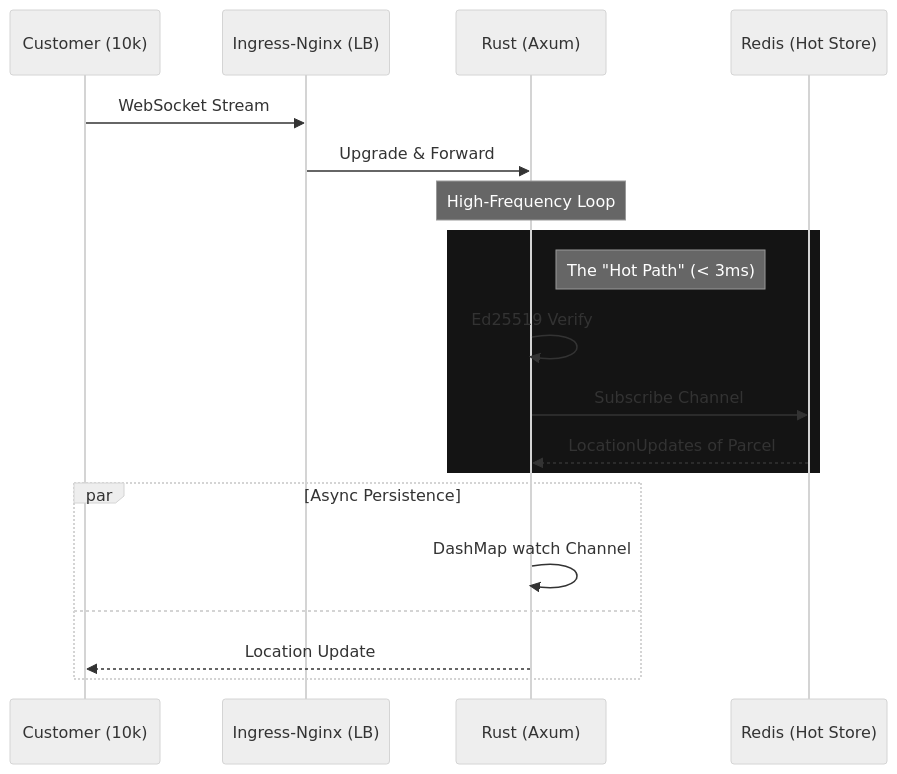
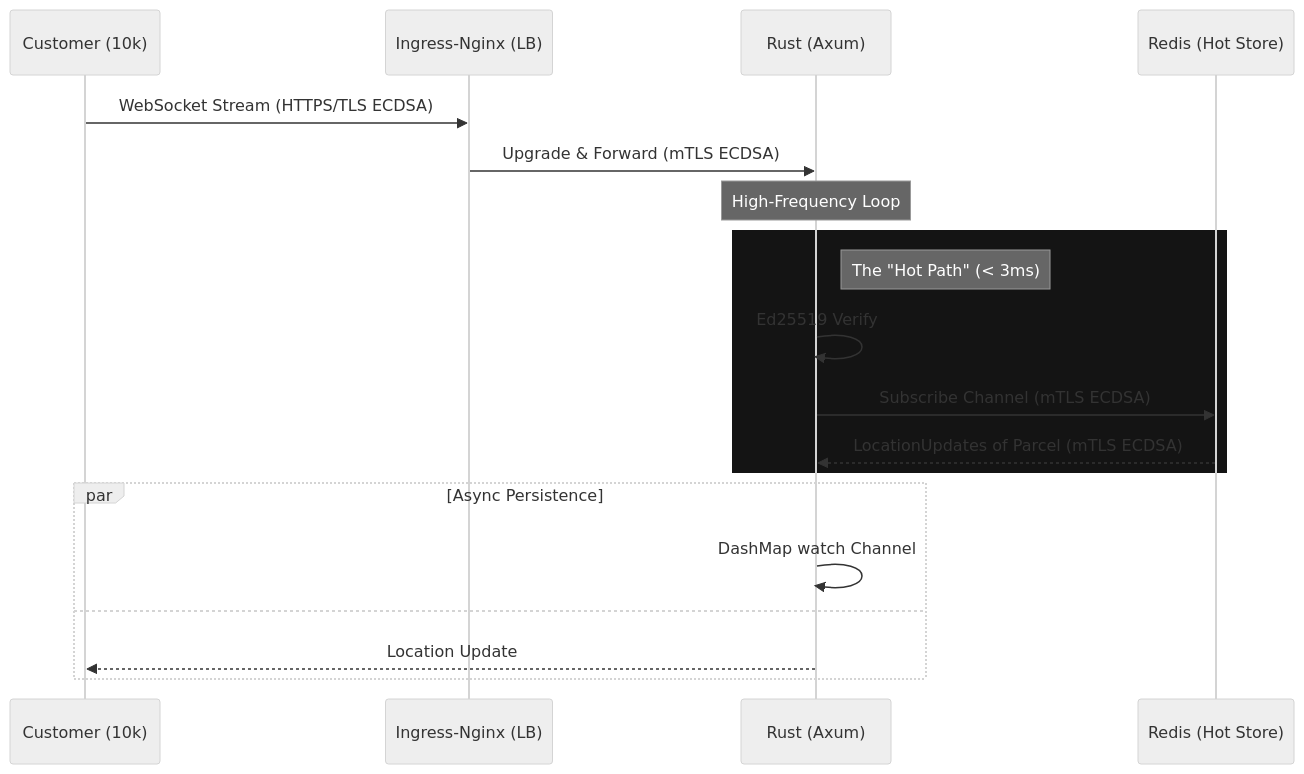
One commit to fossabot/high-concurrency-logistics-engine changed the second of 2 diagrams in README.md. Above: the diagram before and after it, drawn with Mermaid (neutral theme). The commit also changed other lines of this file, not shown here.

````diff
--- a/README.md
+++ b/README.md
@@ -139,26 +139,26 @@
 ```mermaid
 sequenceDiagram
     participant C as Customer (10k)
     participant N as Ingress-Nginx (LB)
     participant R as Rust (Axum)
     participant D as Redis (Hot Store)
 
-    C->>N: WebSocket Stream
-    N->>R: Upgrade & Forward
+    C->>N: WebSocket Stream (HTTPS/TLS ECDSA)
+    N->>R: Upgrade & Forward (mTLS ECDSA)
     
     Note over R: High-Frequency Loop
     
     rect rgb(20, 20, 20)
         Note right of R: The "Hot Path" (< 3ms)
         R->>R: Ed25519 Verify
-        R->>D: Subscribe Channel 
-        D-->>R: LocationUpdates of Parcel
+        R->>D: Subscribe Channel  (mTLS ECDSA)
+        D-->>R: LocationUpdates of Parcel (mTLS ECDSA)
     end
 
     par Async Persistence
         R->>R: DashMap watch Channel
         and
-        R-->>C: Location Update
+        R-->>C: Location Update 
        
     end
 ```
````
